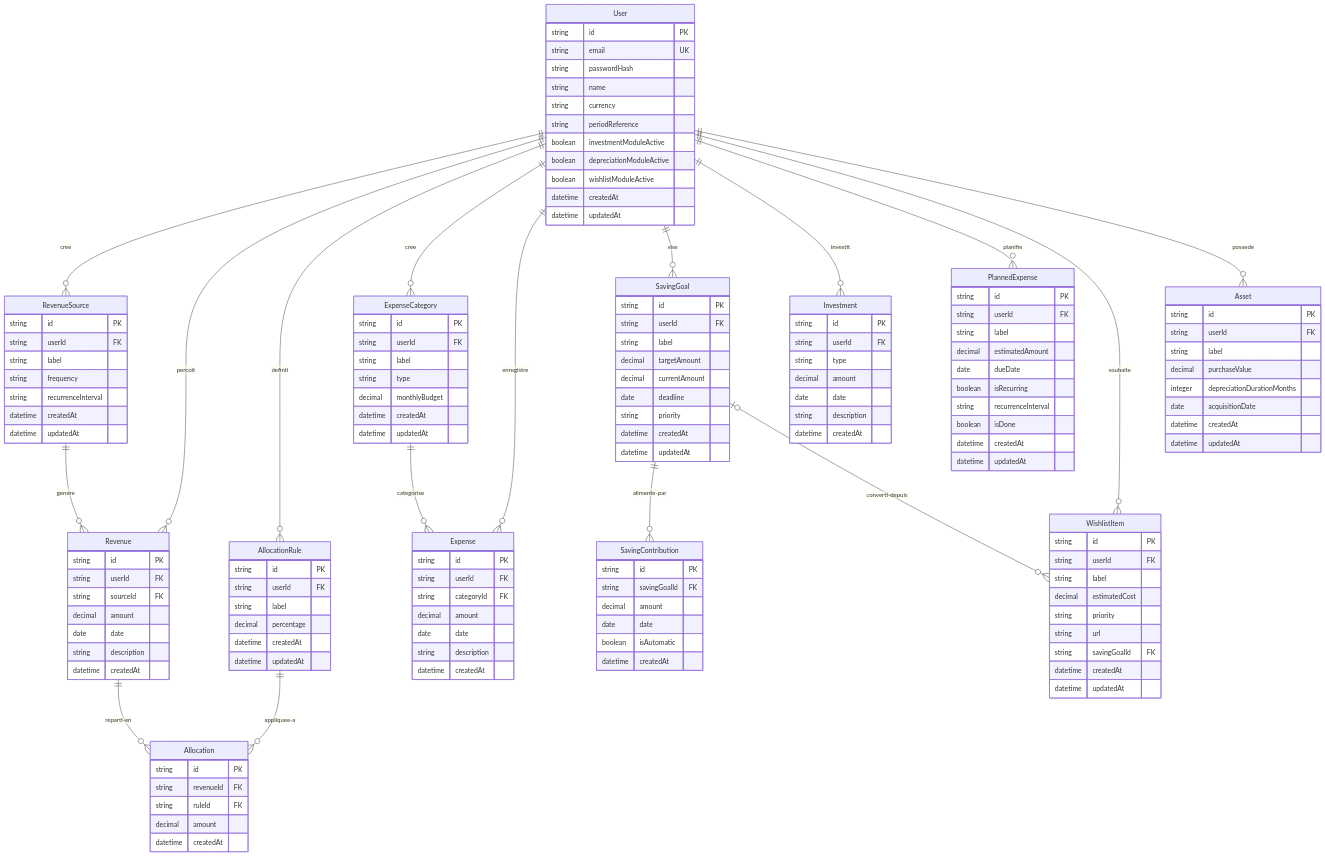
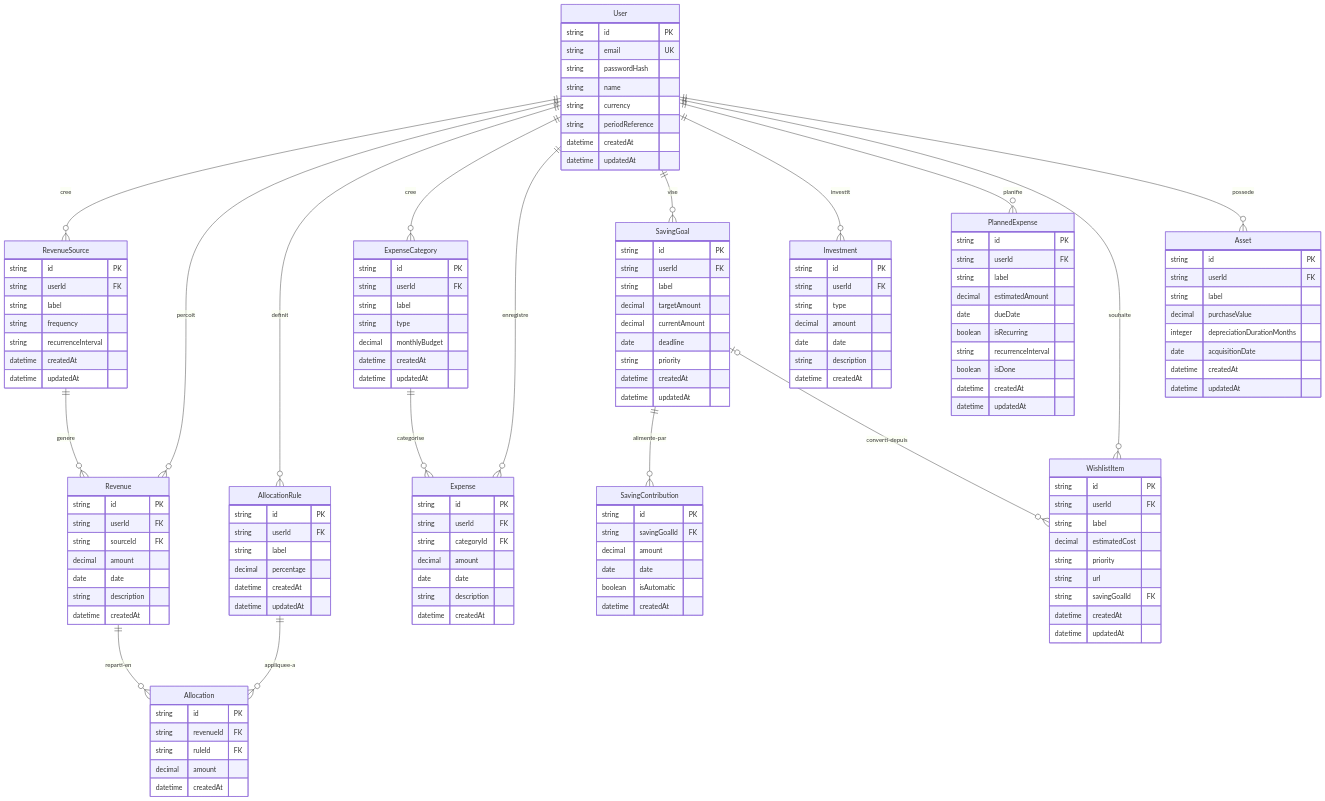
Before and after one commit to wendkoagenda/makichta: the first of 2 diagrams in docs/database-schema.md, drawn with Mermaid. The commit also changed other lines of this file and 56 other files, not shown here.

```diff
--- a/docs/database-schema.md
+++ b/docs/database-schema.md
@@ -13,9 +13,6 @@
         string name
         string currency
         string periodReference
-        boolean investmentModuleActive
-        boolean depreciationModuleActive
-        boolean wishlistModuleActive
         datetime createdAt
         datetime updatedAt
     }
```
